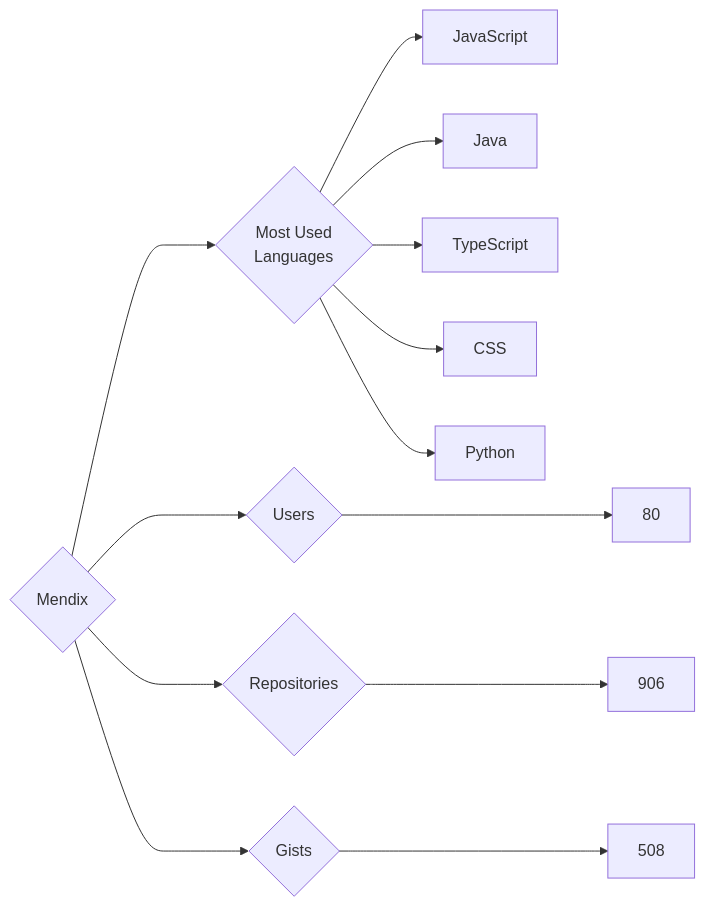
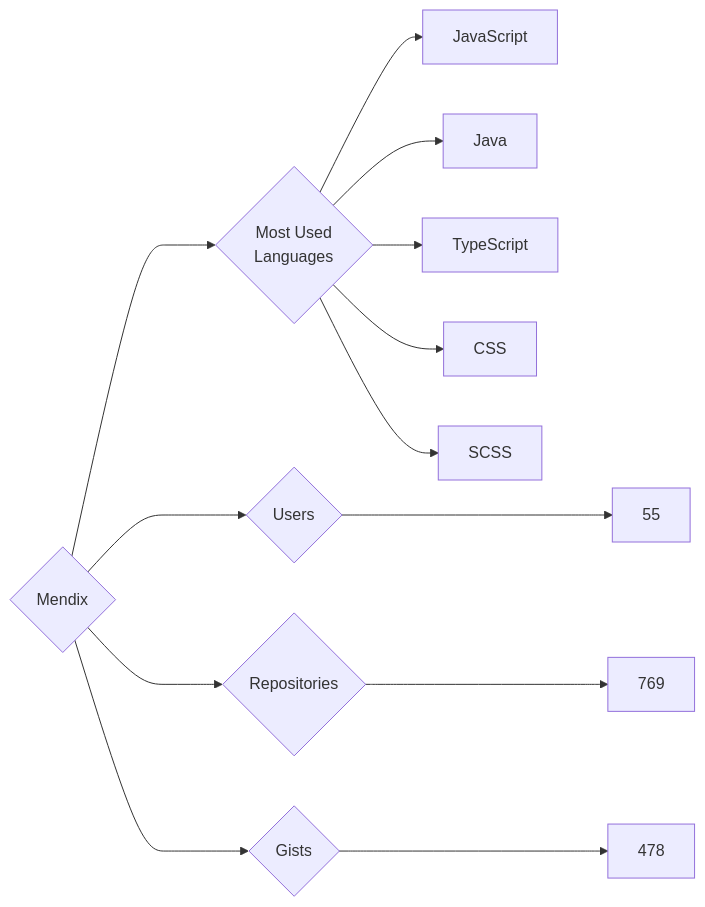
Before and after one commit to trickest/insiders: the diagram in targets/Mendix/README.md, drawn with Mermaid. The commit also changed 970 other files, not shown here.

````diff
--- a/targets/Mendix/README.md
+++ b/targets/Mendix/README.md
@@ -3,13 +3,13 @@
 ```mermaid
 graph LR
 COMPANY_NAME{Mendix}
-COMPANY_NAME ---> U{Users} ---> UN[80]
-COMPANY_NAME ---> R{Repositories} ---> RN[906]
-COMPANY_NAME ---> G{Gists} ---> GN[508]
+COMPANY_NAME ---> U{Users} ---> UN[55]
+COMPANY_NAME ---> R{Repositories} ---> RN[769]
+COMPANY_NAME ---> G{Gists} ---> GN[478]
 COMPANY_NAME ---> ML{Most Used<br>Languages}
 ML --> JavaScript[JavaScript]
 ML --> Java[Java]
 ML --> TypeScript[TypeScript]
 ML --> CSS[CSS]
-ML --> Python[Python]
+ML --> SCSS[SCSS]
 ```
````
